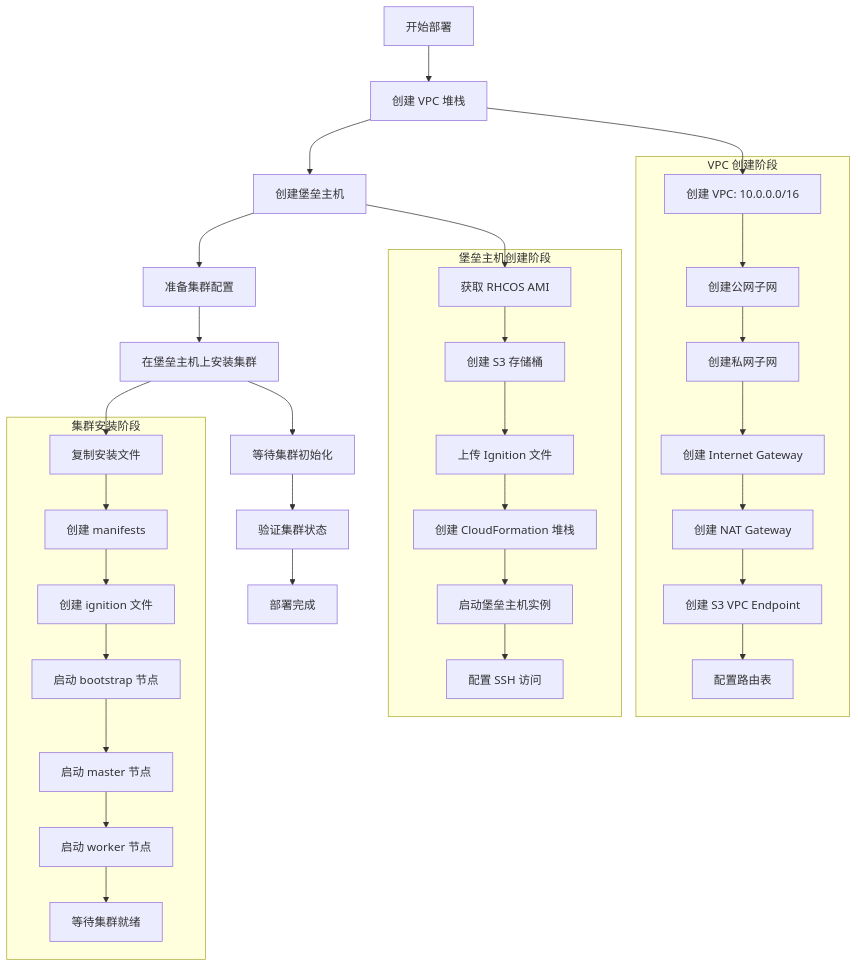
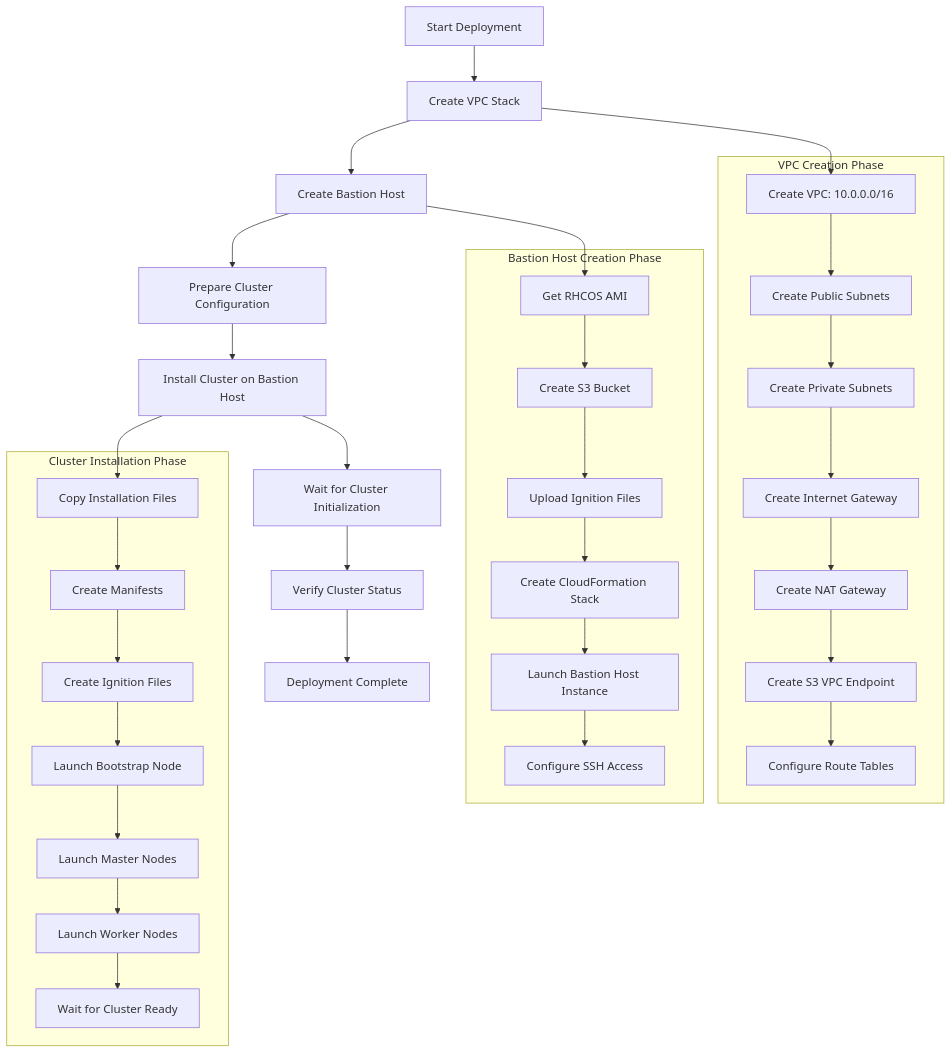
Before and after one commit to liweinan/my-openshift-workspace: the second of 2 diagrams in tools/openshift-private-cluster-deployment-guide.md, drawn with Mermaid. The commit also changed other lines of this file and 9 other files, not shown here.

````diff
--- a/tools/openshift-private-cluster-deployment-guide.md
+++ b/tools/openshift-private-cluster-deployment-guide.md
@@ -99,40 +99,40 @@
 ```mermaid
 flowchart TD
-    A[开始部署] --> B[创建 VPC 堆栈]
-    B --> C[创建堡垒主机]
-    C --> D[准备集群配置]
-    D --> E[在堡垒主机上安装集群]
-    E --> F[等待集群初始化]
-    F --> G[验证集群状态]
-    G --> H[部署完成]
+    A[Start Deployment] --> B[Create VPC Stack]
+    B --> C[Create Bastion Host]
+    C --> D[Prepare Cluster Configuration]
+    D --> E[Install Cluster on Bastion Host]
+    E --> F[Wait for Cluster Initialization]
+    F --> G[Verify Cluster Status]
+    G --> H[Deployment Complete]
     
-    subgraph "VPC 创建阶段"
-        B1[创建 VPC: 10.0.0.0/16] --> B2[创建公网子网]
-        B2 --> B3[创建私网子网]
-        B3 --> B4[创建 Internet Gateway]
-        B4 --> B5[创建 NAT Gateway]
-        B5 --> B6[创建 S3 VPC Endpoint]
-        B6 --> B7[配置路由表]
+    subgraph "VPC Creation Phase"
+        B1[Create VPC: 10.0.0.0/16] --> B2[Create Public Subnets]
+        B2 --> B3[Create Private Subnets]
+        B3 --> B4[Create Internet Gateway]
+        B4 --> B5[Create NAT Gateway]
+        B5 --> B6[Create S3 VPC Endpoint]
+        B6 --> B7[Configure Route Tables]
     end
     
-    subgraph "堡垒主机创建阶段"
-        C1[获取 RHCOS AMI] --> C2[创建 S3 存储桶]
-        C2 --> C3[上传 Ignition 文件]
-        C3 --> C4[创建 CloudFormation 堆栈]
-        C4 --> C5[启动堡垒主机实例]
-        C5 --> C6[配置 SSH 访问]
+    subgraph "Bastion Host Creation Phase"
+        C1[Get RHCOS AMI] --> C2[Create S3 Bucket]
+        C2 --> C3[Upload Ignition Files]
+        C3 --> C4[Create CloudFormation Stack]
+        C4 --> C5[Launch Bastion Host Instance]
+        C5 --> C6[Configure SSH Access]
     end
     
-    subgraph "集群安装阶段"
-        E1[复制安装文件] --> E2[创建 manifests]
-        E2 --> E3[创建 ignition 文件]
-        E3 --> E4[启动 bootstrap 节点]
-        E4 --> E5[启动 master 节点]
-        E5 --> E6[启动 worker 节点]
-        E6 --> E7[等待集群就绪]
+    subgraph "Cluster Installation Phase"
+        E1[Copy Installation Files] --> E2[Create Manifests]
+        E2 --> E3[Create Ignition Files]
+        E3 --> E4[Launch Bootstrap Node]
+        E4 --> E5[Launch Master Nodes]
+        E5 --> E6[Launch Worker Nodes]
+        E6 --> E7[Wait for Cluster Ready]
     end
     
     B --> B1
     C --> C1
     E --> E1
 ```
````
